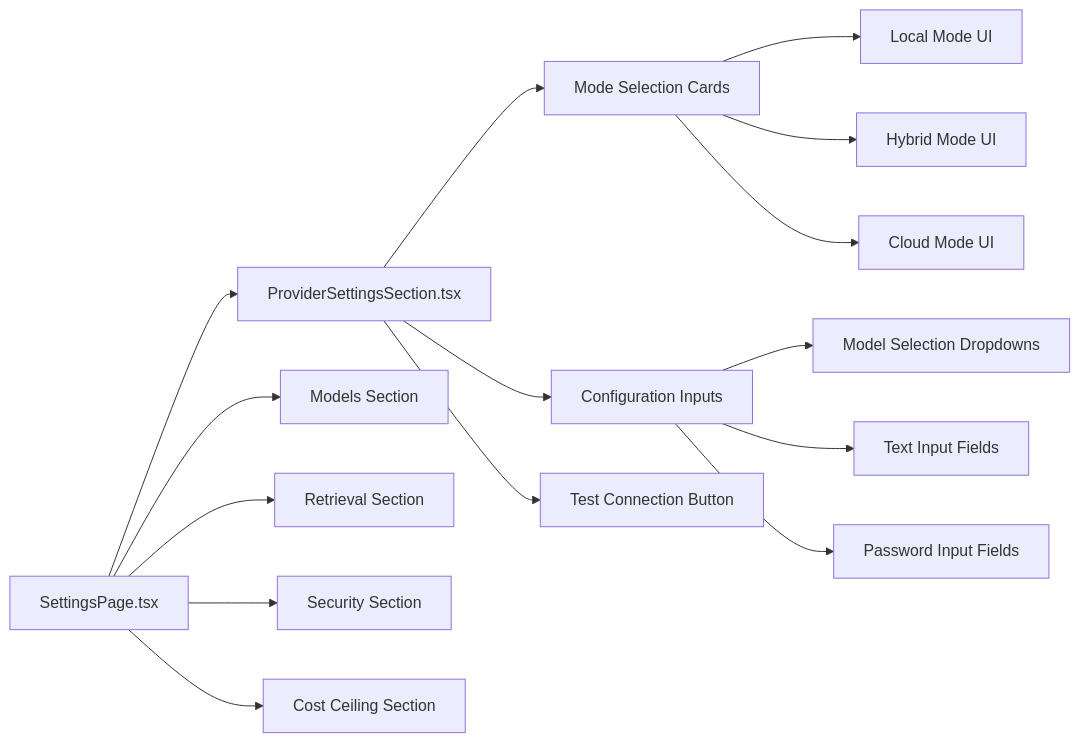
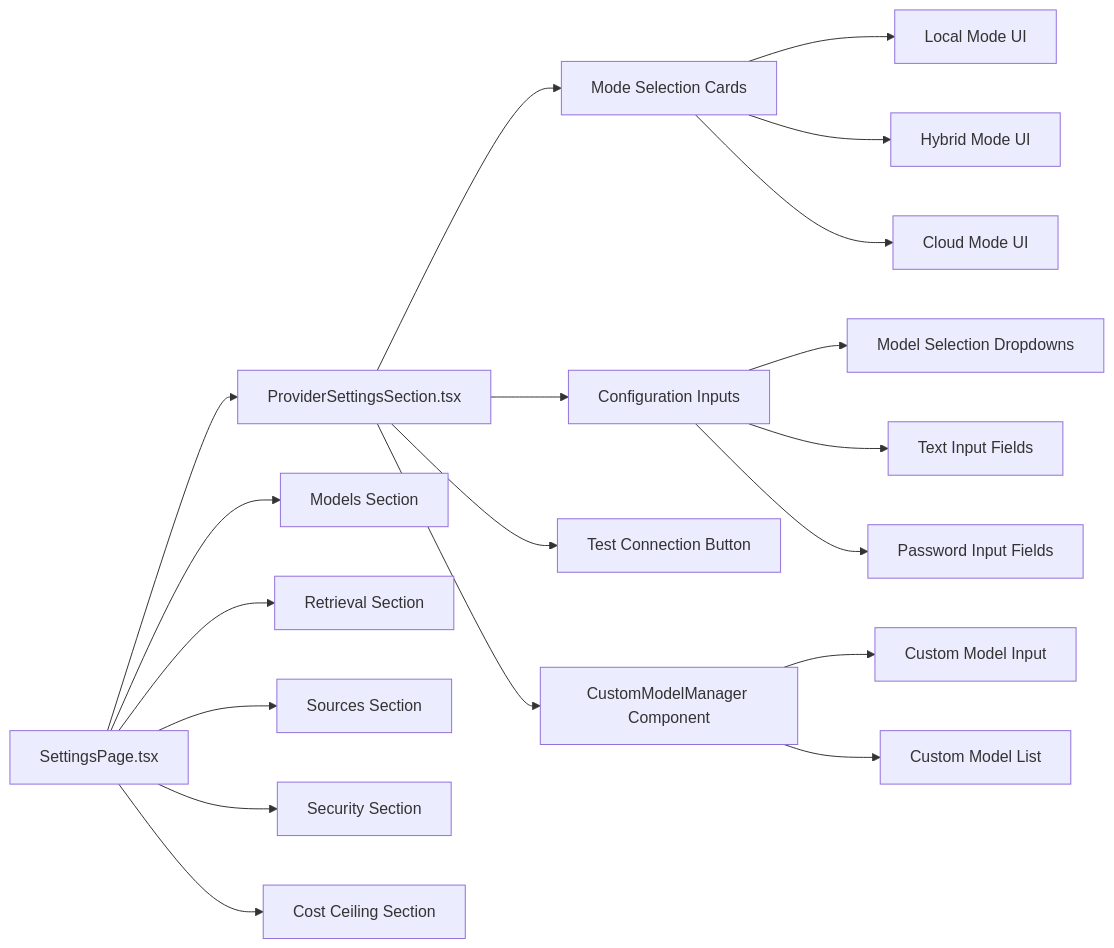
The fifth of 8 diagrams in .qoder/repowiki/en/content/Backend Development/Runtime Configuration System/Provider Settings Management.md (genes8/private-ai), drawn with Mermaid before and after one commit. The commit also changed other lines of this file and 12 other files, not shown here.

````diff
--- a/.qoder/repowiki/en/content/Backend Development/Runtime Configuration System/Provider Settings Management.md
+++ b/.qoder/repowiki/en/content/Backend Development/Runtime Configuration System/Provider Settings Management.md
@@ -203,17 +214,21 @@
 ```mermaid
 graph LR
 SP[SettingsPage.tsx] --> PSS[ProviderSettingsSection.tsx]
 SP --> Models[Models Section]
 SP --> Retrieval[Retrieval Section]
+SP --> Sources[Sources Section]
 SP --> Security[Security Section]
 SP --> Cost[Cost Ceiling Section]
 PSS --> ModeCards[Mode Selection Cards]
 PSS --> ConfigInputs[Configuration Inputs]
 PSS --> TestButton[Test Connection Button]
+PSS --> CustomModelManager[CustomModelManager Component]
 ModeCards --> LocalMode[Local Mode UI]
 ModeCards --> HybridMode[Hybrid Mode UI]
 ModeCards --> CloudMode[Cloud Mode UI]
 ConfigInputs --> ModelSelect[Model Selection Dropdowns]
 ConfigInputs --> TextInput[Text Input Fields]
 ConfigInputs --> PasswordInput[Password Input Fields]
+CustomModelManager --> CustomModelInput[Custom Model Input]
+CustomModelManager --> CustomModelList[Custom Model List]
 ```
````
